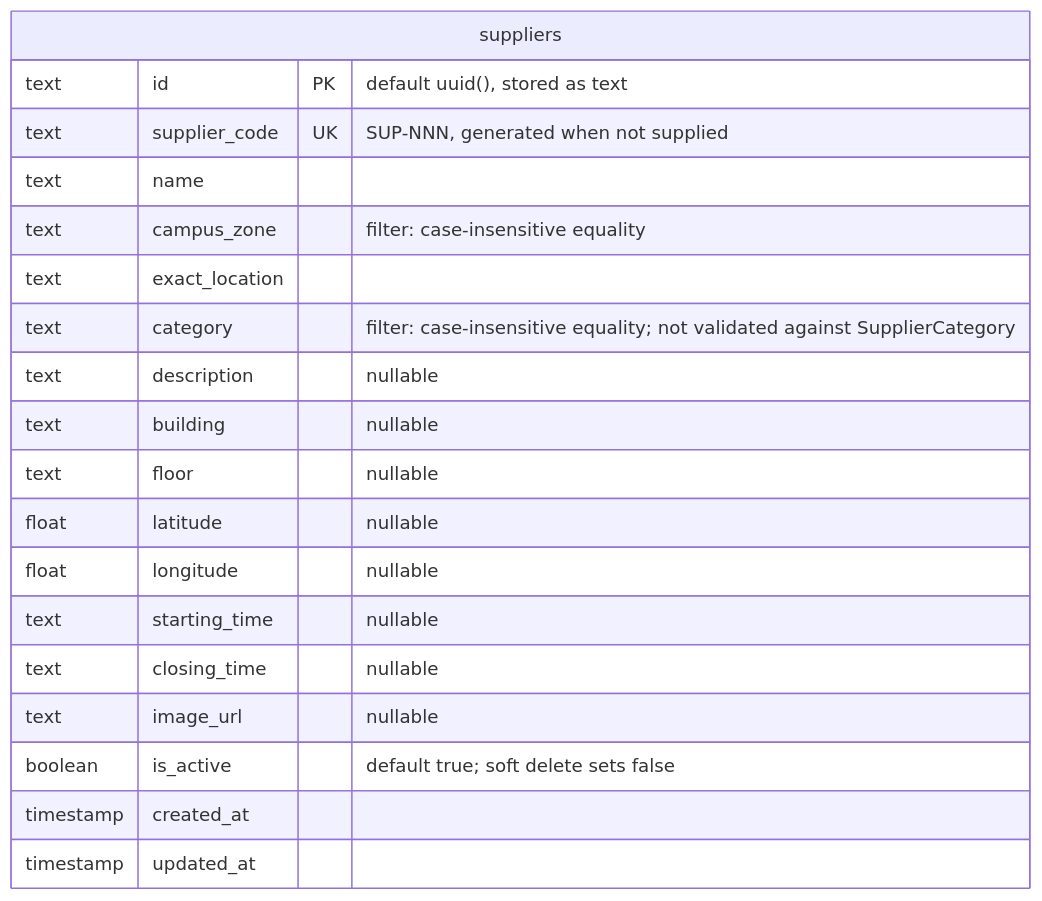
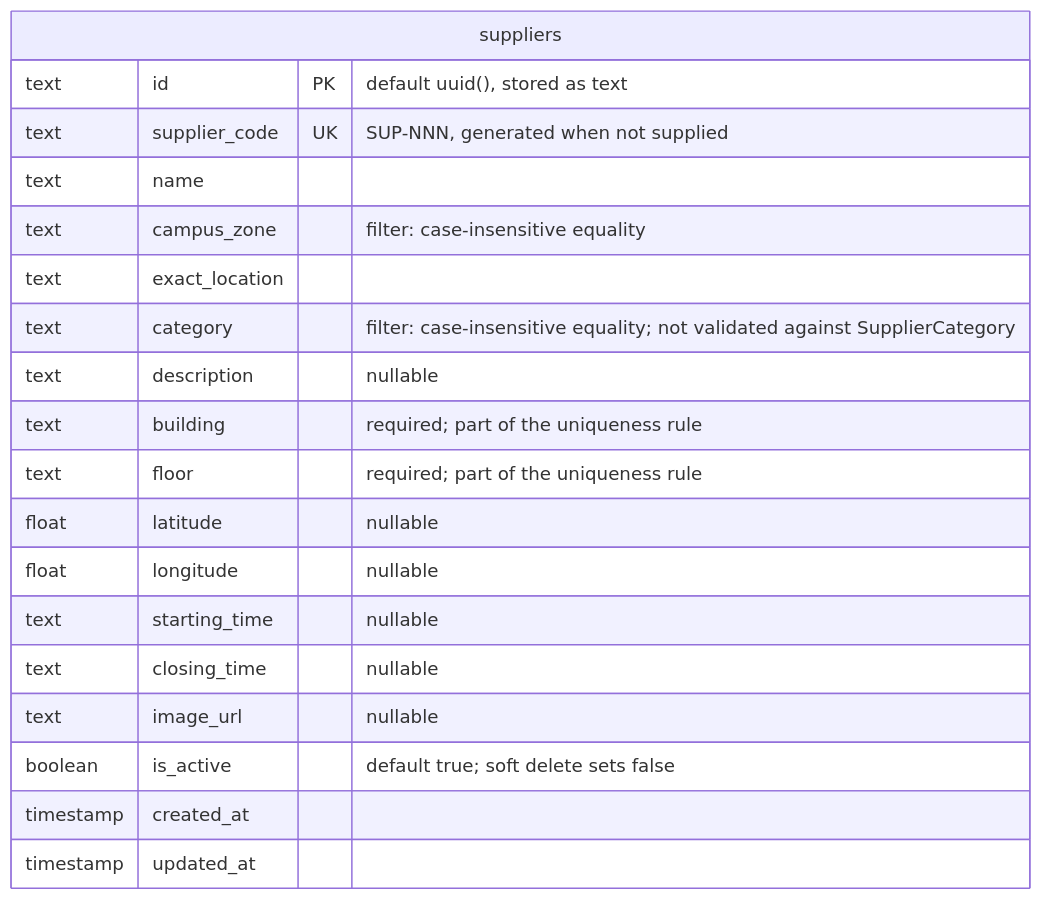
One commit to AY2627S1-CS3219-P25/friend-on-campus changed the diagram in docs/diagrams/supplier-schema.md. Above: the diagram before and after it, drawn with Mermaid. The commit also changed other lines of this file and 10 other files, not shown here.

````diff
--- a/docs/diagrams/supplier-schema.md
+++ b/docs/diagrams/supplier-schema.md
@@ -13,22 +20,22 @@
 ```mermaid
 erDiagram
   suppliers {
     text id PK "default uuid(), stored as text"
     text supplier_code UK "SUP-NNN, generated when not supplied"
     text name
     text campus_zone "filter: case-insensitive equality"
     text exact_location
     text category "filter: case-insensitive equality; not validated against SupplierCategory"
     text description "nullable"
-    text building "nullable"
-    text floor "nullable"
+    text building "required; part of the uniqueness rule"
+    text floor "required; part of the uniqueness rule"
     float latitude "nullable"
     float longitude "nullable"
     text starting_time "nullable"
     text closing_time "nullable"
     text image_url "nullable"
     boolean is_active "default true; soft delete sets false"
     timestamp created_at
     timestamp updated_at
   }
 ```
````
